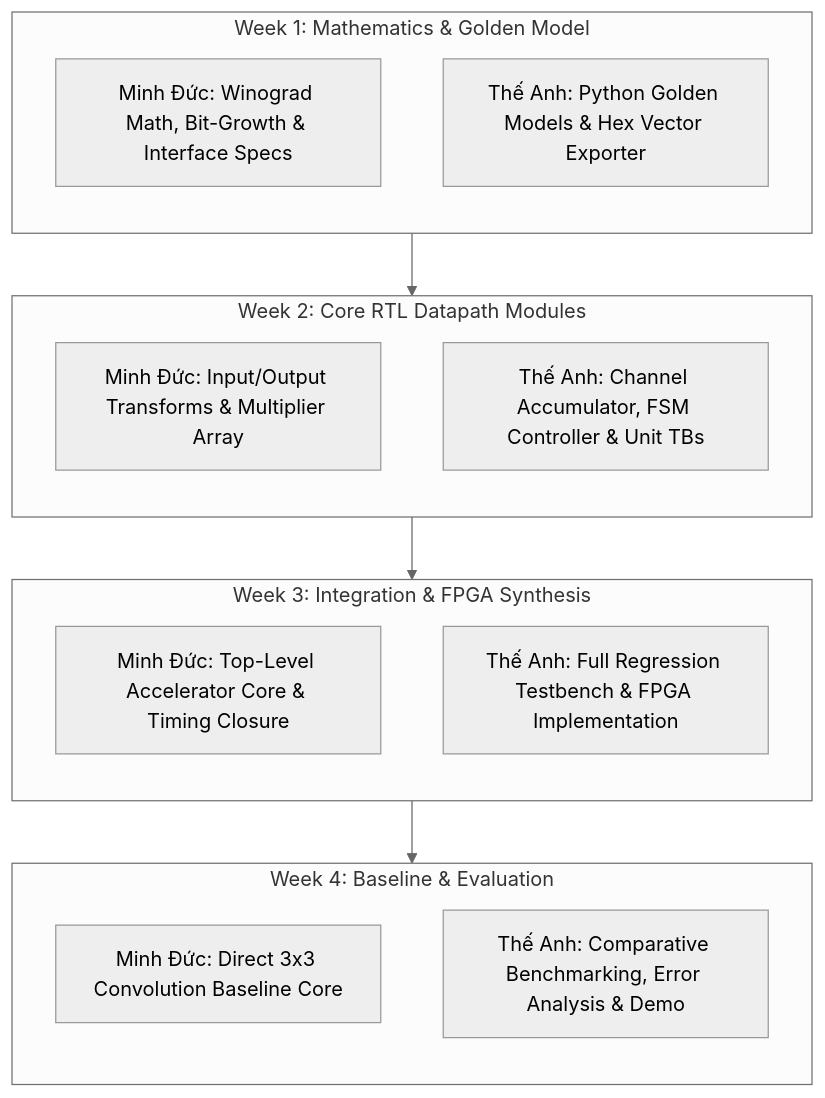
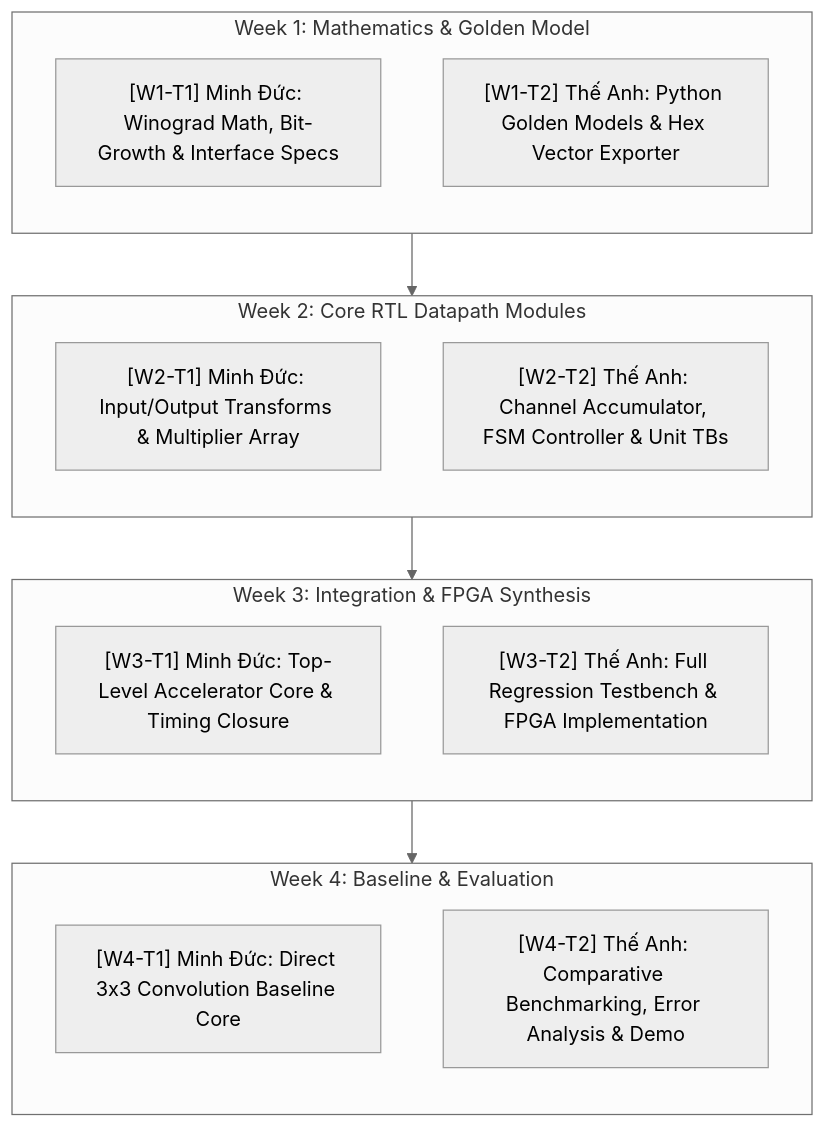
One commit to ducnguyen-git/EE5223---winograd-conv-fpga changed the second of 2 diagrams in README.md. Above: the diagram before and after it, drawn with Mermaid (neutral theme). The commit also changed other lines of this file, not shown here.

````diff
--- a/README.md
+++ b/README.md
@@ -162,30 +162,30 @@
 ```mermaid
 flowchart TD
     subgraph W1["Week 1: Mathematics & Golden Model"]
         direction TB
-        W1_A["Minh Đức: Winograd Math, Bit-Growth & Interface Specs"]
-        W1_B["Thế Anh: Python Golden Models & Hex Vector Exporter"]
+        W1_A["[W1-T1] Minh Đức: Winograd Math, Bit-Growth & Interface Specs"]
+        W1_B["[W1-T2] Thế Anh: Python Golden Models & Hex Vector Exporter"]
     end
 
     subgraph W2["Week 2: Core RTL Datapath Modules"]
         direction TB
-        W2_A["Minh Đức: Input/Output Transforms & Multiplier Array"]
-        W2_B["Thế Anh: Channel Accumulator, FSM Controller & Unit TBs"]
+        W2_A["[W2-T1] Minh Đức: Input/Output Transforms & Multiplier Array"]
+        W2_B["[W2-T2] Thế Anh: Channel Accumulator, FSM Controller & Unit TBs"]
     end
 
     subgraph W3["Week 3: Integration & FPGA Synthesis"]
         direction TB
-        W3_A["Minh Đức: Top-Level Accelerator Core & Timing Closure"]
-        W3_B["Thế Anh: Full Regression Testbench & FPGA Implementation"]
+        W3_A["[W3-T1] Minh Đức: Top-Level Accelerator Core & Timing Closure"]
+        W3_B["[W3-T2] Thế Anh: Full Regression Testbench & FPGA Implementation"]
     end
 
     subgraph W4["Week 4: Baseline & Evaluation"]
         direction TB
-        W4_A["Minh Đức: Direct 3x3 Convolution Baseline Core"]
-        W4_B["Thế Anh: Comparative Benchmarking, Error Analysis & Demo"]
+        W4_A["[W4-T1] Minh Đức: Direct 3x3 Convolution Baseline Core"]
+        W4_B["[W4-T2] Thế Anh: Comparative Benchmarking, Error Analysis & Demo"]
     end
 
     W1 --> W2
     W2 --> W3
     W3 --> W4
 ```
````
